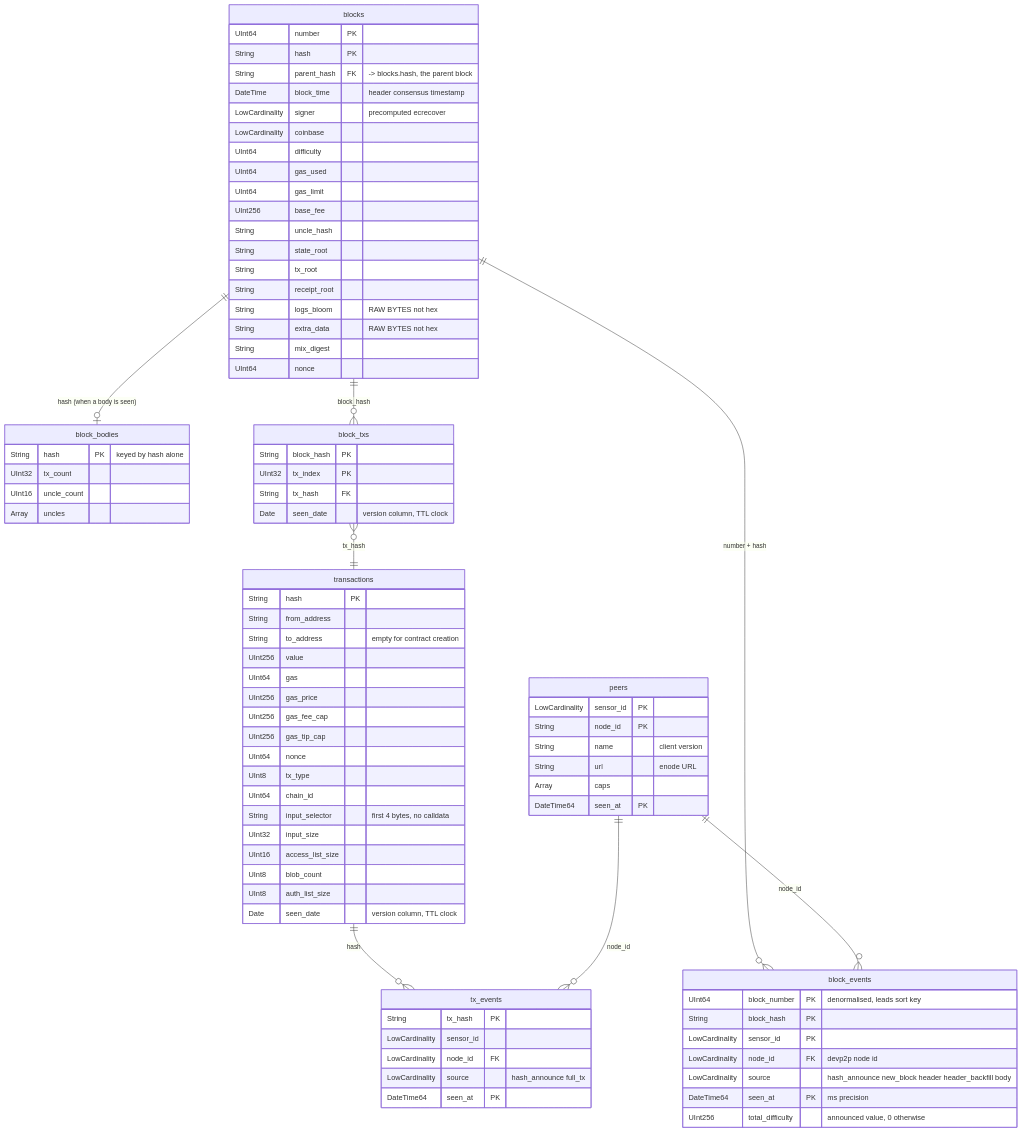
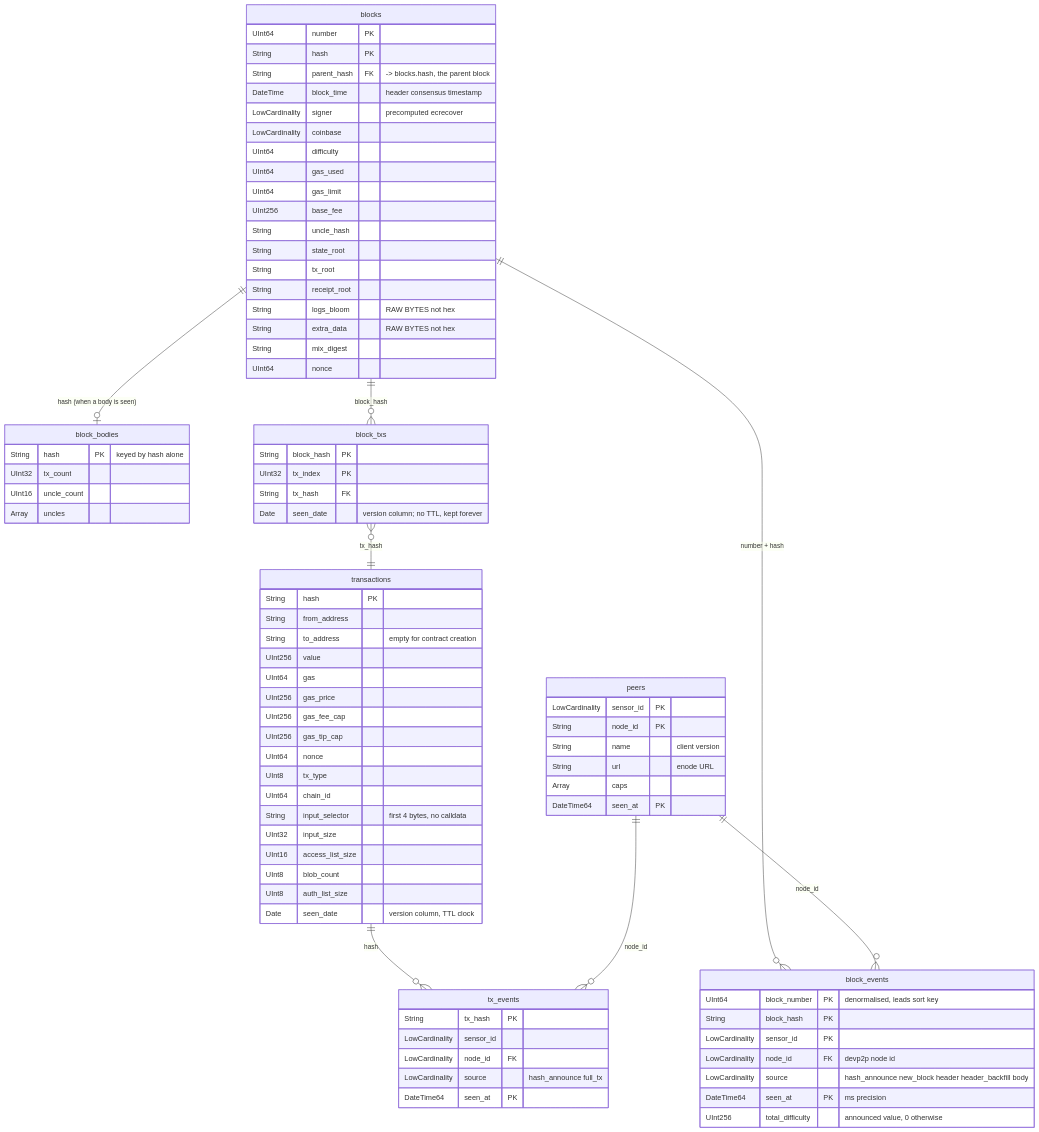
One commit to 0xPolygon/polygon-cli changed the first of 3 diagrams in cmd/p2p/sensor/clickhouse.md. Above: the diagram before and after it, drawn with Mermaid. The commit also changed other lines of this file and 5 other files, not shown here.

```diff
--- a/cmd/p2p/sensor/clickhouse.md
+++ b/cmd/p2p/sensor/clickhouse.md
@@ -70,7 +70,7 @@
         String block_hash PK
         UInt32 tx_index PK
         String tx_hash FK
-        Date seen_date "version column, TTL clock"
+        Date seen_date "version column; no TTL, kept forever"
     }
 
     transactions {
```
